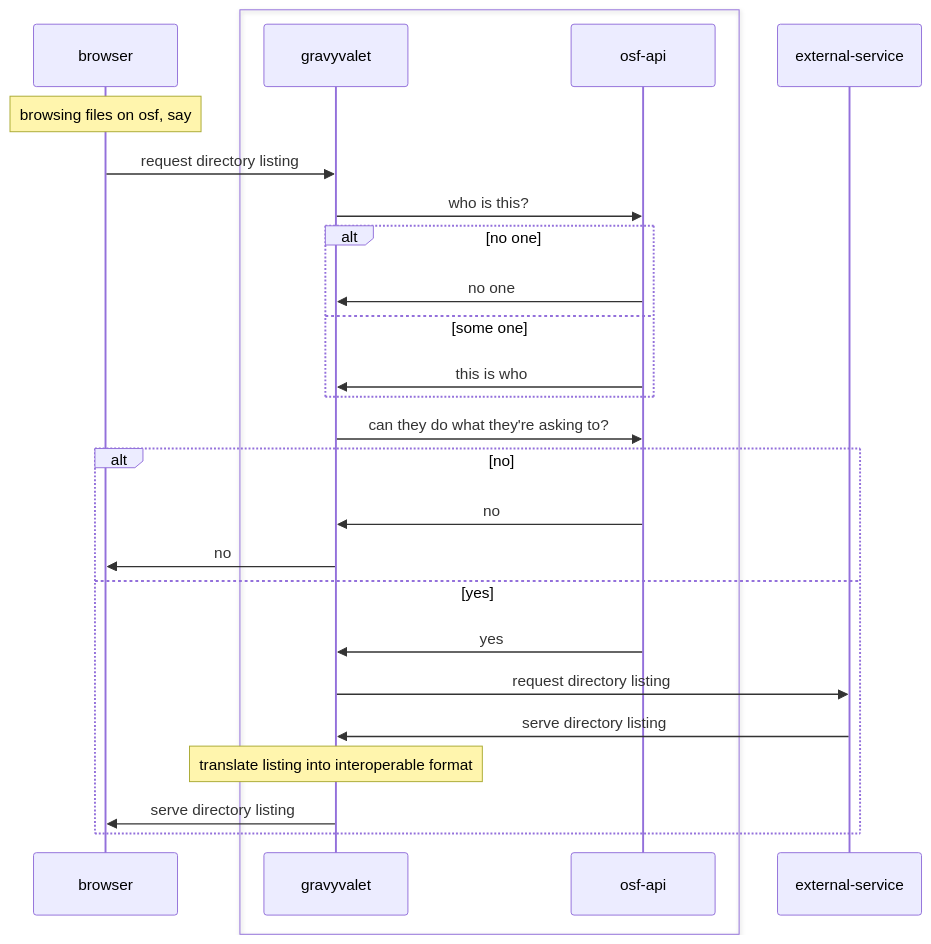
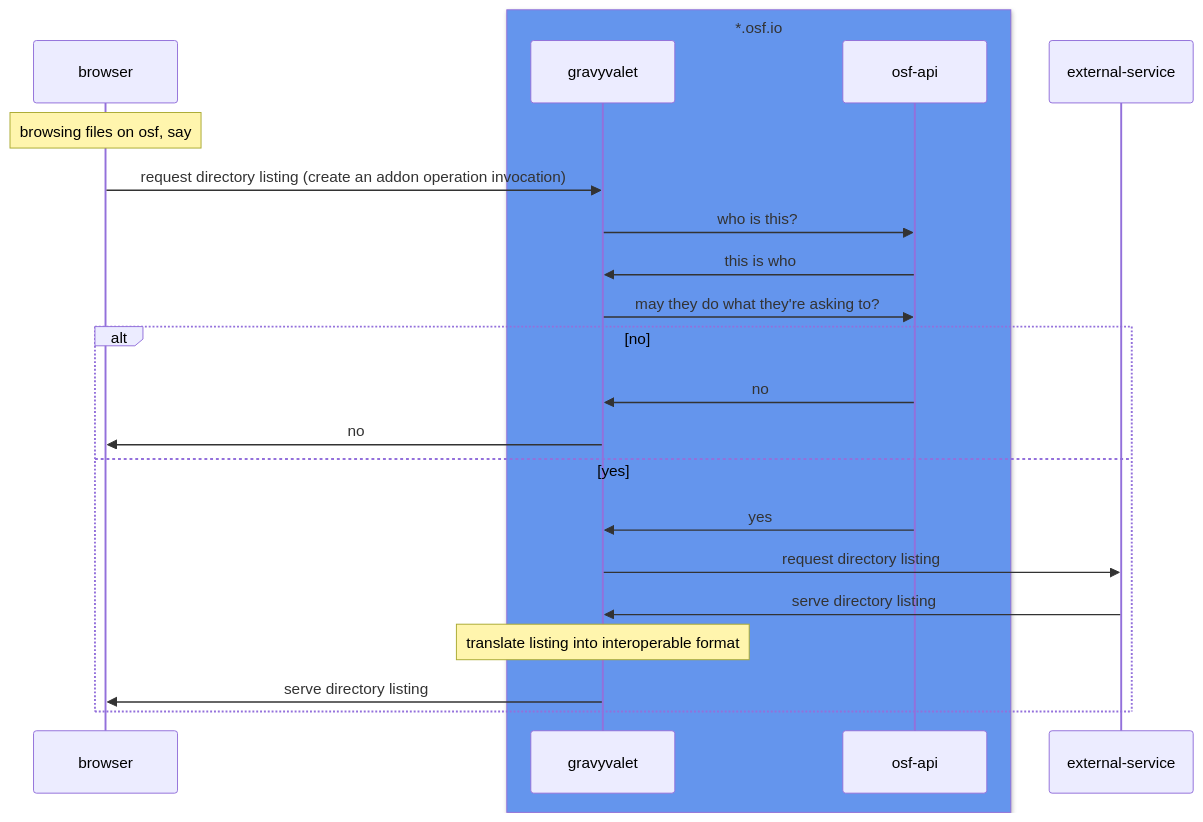
Before and after one commit to sh-andriy/gravyvalet: the first of 3 diagrams in _TODO.md, drawn with Mermaid. The commit also changed other lines of this file, not shown here.

````diff
--- a/_TODO.md
+++ b/_TODO.md
@@ -13,27 +13,23 @@
 ```mermaid
 sequenceDiagram
     participant browser
-    Box #badbee *.osf.io
+    Box cornflowerblue *.osf.io
         participant gravyvalet
         participant osf-api
     end
     Note over browser: browsing files on osf, say
-    browser->>gravyvalet: request directory listing
+    browser->>gravyvalet: request directory listing (create an addon operation invocation)
     gravyvalet->>osf-api: who is this?
-    alt no one
-        osf-api->>gravyvalet: no one
-    else some one
-        osf-api->>gravyvalet: this is who
-    end
-    gravyvalet->>osf-api: can they do what they're asking to?
+    osf-api->>gravyvalet: this is who
+    gravyvalet->>osf-api: may they do what they're asking to?
     alt no
         osf-api->>gravyvalet: no
         gravyvalet->>browser: no
     else yes
         osf-api->>gravyvalet: yes
         gravyvalet->>external-service: request directory listing
         external-service->>gravyvalet: serve directory listing
         Note over gravyvalet: translate listing into interoperable format
         gravyvalet->>browser: serve directory listing
     end
 ```
````
